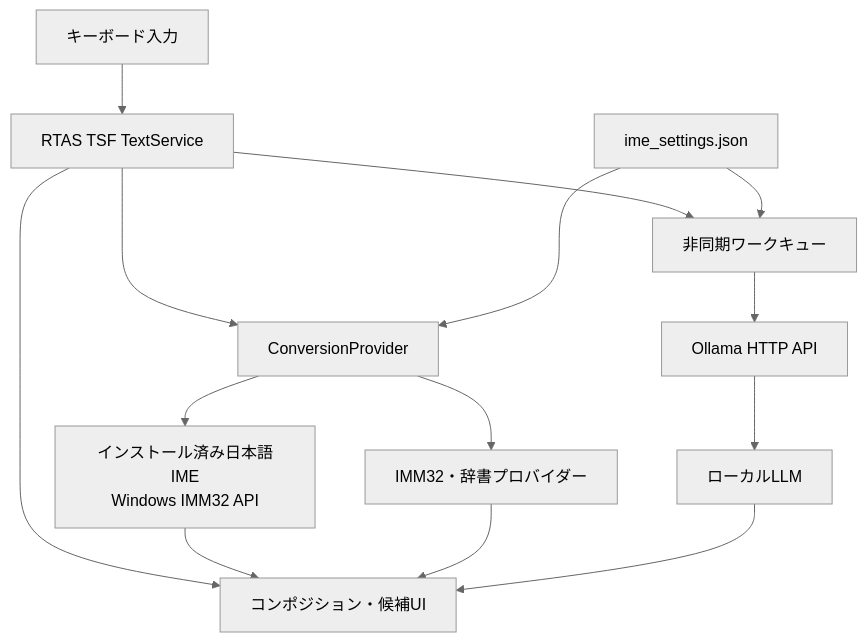
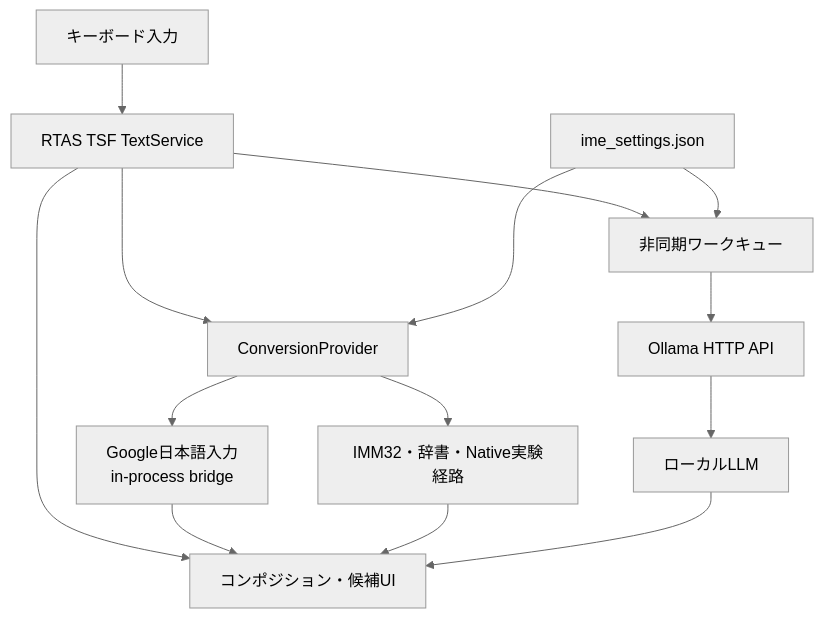
The diagram in README.md (maaakigai/rtas-local-ai-translation-ime), drawn with Mermaid (neutral theme) before and after one commit. The commit also changed other lines of this file and 11 other files, not shown here.

````diff
--- a/README.md
+++ b/README.md
@@ -86,27 +87,27 @@
 ```mermaid
 flowchart TD
     input["キーボード入力"]
     textService["RTAS TSF TextService"]
     candidateUI["コンポジション・候補UI"]
     provider["ConversionProvider"]
-    installedIME["インストール済み日本語IME<br/>Windows IMM32 API"]
-    fallback["IMM32・辞書プロバイダー"]
+    installedIME["Google日本語入力<br/>in-process bridge"]
+    fallback["IMM32・辞書・Native実験経路"]
     workQueue["非同期ワークキュー"]
     ollama["Ollama HTTP API"]
     localLLM["ローカルLLM"]
     settings["ime_settings.json"]
 
     input --> textService
     textService --> candidateUI
     textService --> provider
     provider --> installedIME
     provider --> fallback
     installedIME --> candidateUI
     fallback --> candidateUI
     textService --> workQueue
     workQueue --> ollama
     ollama --> localLLM
     localLLM --> candidateUI
     settings --> provider
     settings --> workQueue
 ```
````
